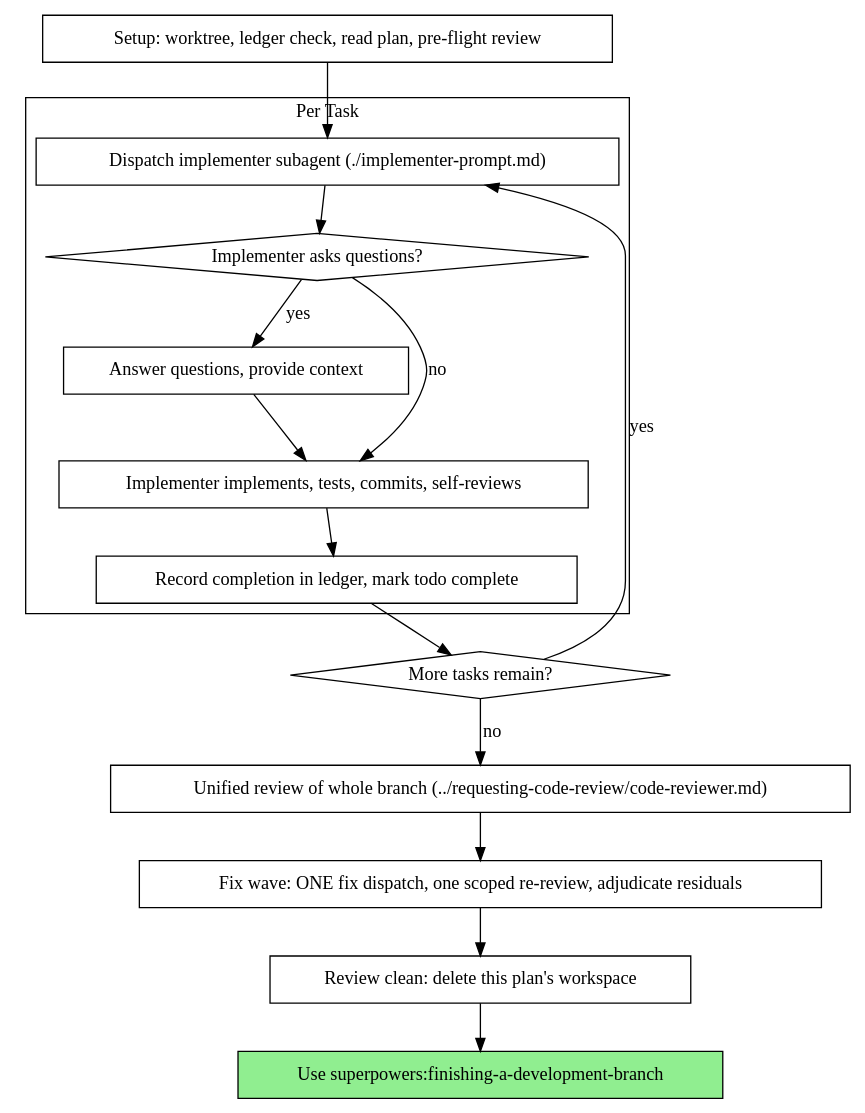
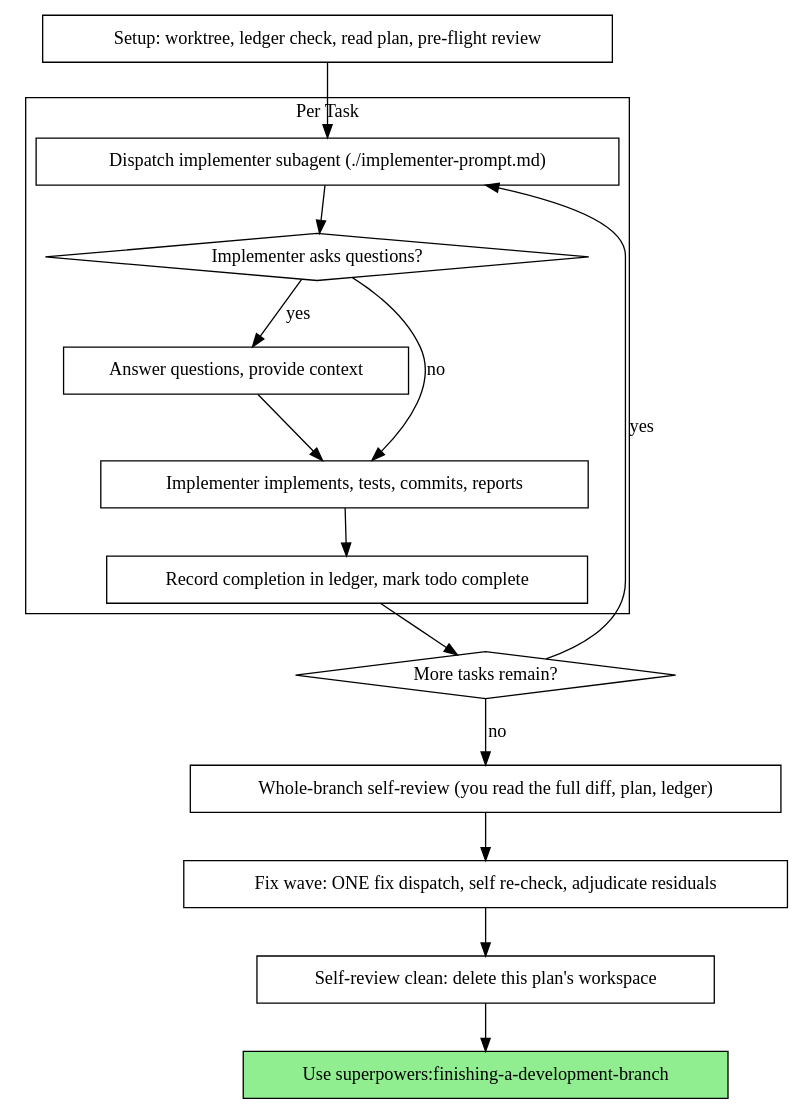
Before and after one commit to flyer21/superpowers: the second of 2 diagrams in skills/subagent-driven-development/SKILL.md, drawn with Graphviz. The commit also changed other lines of this file and 7 other files, not shown here.

First line of the commit message:
refactor(skills/subagent-driven-development): change review process to self-review

````diff
--- a/skills/subagent-driven-development/SKILL.md
+++ b/skills/subagent-driven-development/SKILL.md
@@ -50,34 +50,34 @@
 ```dot
 digraph process {
     rankdir=TB;
 
     subgraph cluster_per_task {
         label="Per Task";
         "Dispatch implementer subagent (./implementer-prompt.md)" [shape=box];
         "Implementer asks questions?" [shape=diamond];
         "Answer questions, provide context" [shape=box];
-        "Implementer implements, tests, commits, self-reviews" [shape=box];
+        "Implementer implements, tests, commits, reports" [shape=box];
         "Record completion in ledger, mark todo complete" [shape=box];
     }
 
     "Setup: worktree, ledger check, read plan, pre-flight review" [shape=box];
     "More tasks remain?" [shape=diamond];
-    "Unified review of whole branch (../requesting-code-review/code-reviewer.md)" [shape=box];
-    "Fix wave: ONE fix dispatch, one scoped re-review, adjudicate residuals" [shape=box];
-    "Review clean: delete this plan's workspace" [shape=box];
+    "Whole-branch self-review (you read the full diff, plan, ledger)" [shape=box];
+    "Fix wave: ONE fix dispatch, self re-check, adjudicate residuals" [shape=box];
+    "Self-review clean: delete this plan's workspace" [shape=box];
     "Use superpowers:finishing-a-development-branch" [shape=box style=filled fillcolor=lightgreen];
 
     "Setup: worktree, ledger check, read plan, pre-flight review" -> "Dispatch implementer subagent (./implementer-prompt.md)";
     "Dispatch implementer subagent (./implementer-prompt.md)" -> "Implementer asks questions?";
     "Implementer asks questions?" -> "Answer questions, provide context" [label="yes"];
-    "Answer questions, provide context" -> "Implementer implements, tests, commits, self-reviews";
-    "Implementer asks questions?" -> "Implementer implements, tests, commits, self-reviews" [label="no"];
-    "Implementer implements, tests, commits, self-reviews" -> "Record completion in ledger, mark todo complete";
+    "Answer questions, provide context" -> "Implementer implements, tests, commits, reports";
+    "Implementer asks questions?" -> "Implementer implements, tests, commits, reports" [label="no"];
+    "Implementer implements, tests, commits, reports" -> "Record completion in ledger, mark todo complete";
     "Record completion in ledger, mark todo complete" -> "More tasks remain?";
     "More tasks remain?" -> "Dispatch implementer subagent (./implementer-prompt.md)" [label="yes"];
-    "More tasks remain?" -> "Unified review of whole branch (../requesting-code-review/code-reviewer.md)" [label="no"];
-    "Unified review of whole branch (../requesting-code-review/code-reviewer.md)" -> "Fix wave: ONE fix dispatch, one scoped re-review, adjudicate residuals";
-    "Fix wave: ONE fix dispatch, one scoped re-review, adjudicate residuals" -> "Review clean: delete this plan's workspace";
-    "Review clean: delete this plan's workspace" -> "Use superpowers:finishing-a-development-branch";
+    "More tasks remain?" -> "Whole-branch self-review (you read the full diff, plan, ledger)" [label="no"];
+    "Whole-branch self-review (you read the full diff, plan, ledger)" -> "Fix wave: ONE fix dispatch, self re-check, adjudicate residuals";
+    "Fix wave: ONE fix dispatch, self re-check, adjudicate residuals" -> "Self-review clean: delete this plan's workspace";
+    "Self-review clean: delete this plan's workspace" -> "Use superpowers:finishing-a-development-branch";
 }
 ```
````
